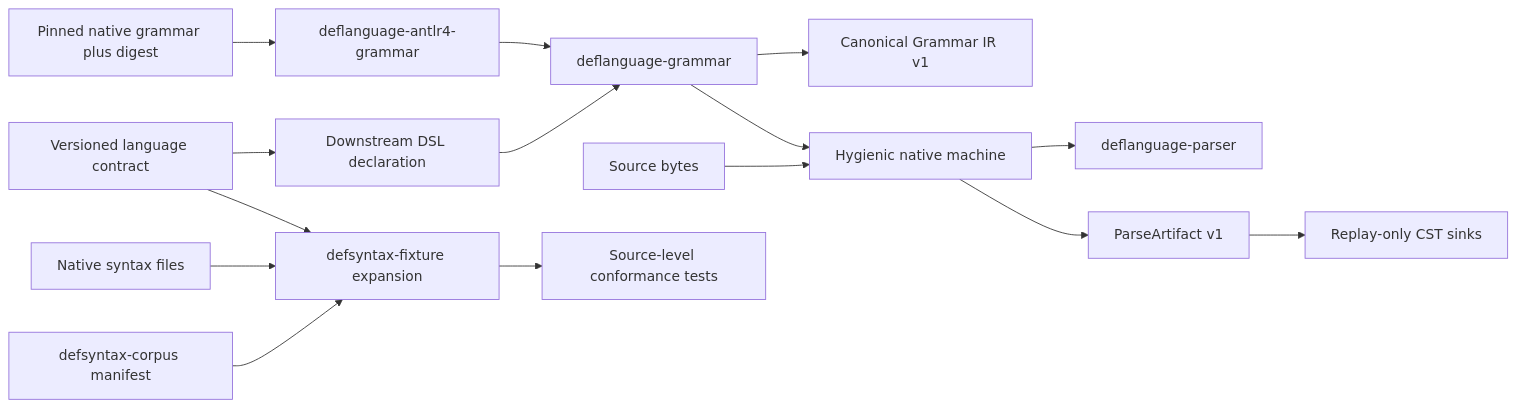
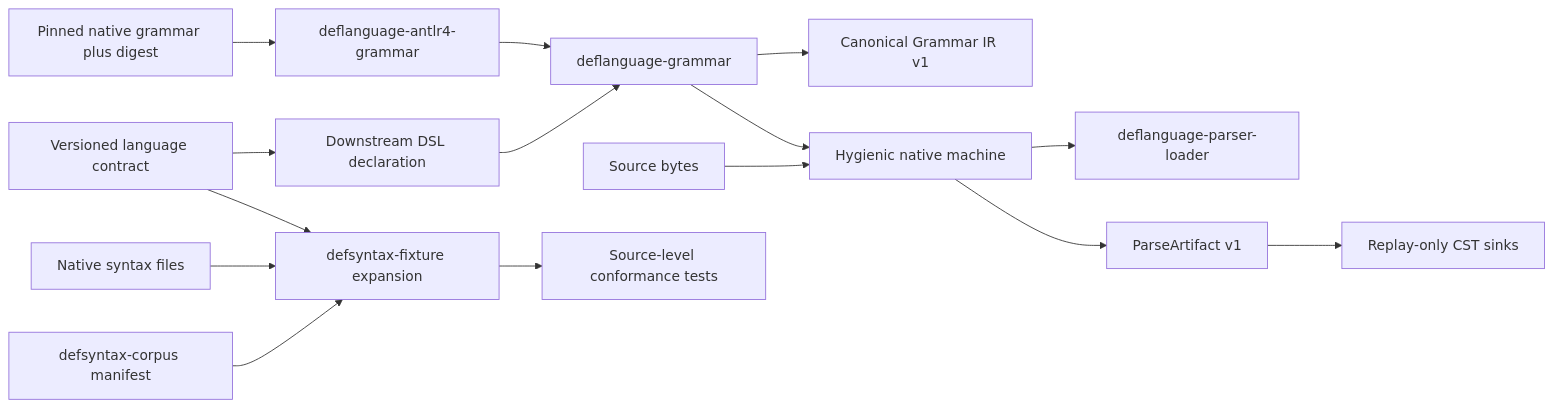
The diagram in docs/architecture/0004-versioned-language-contracts.org (tao3k/gerbil-parser), drawn with Mermaid before and after one commit. The commit also changed other lines of this file and 1680 other files, not shown here.

```diff
--- a/docs/architecture/0004-versioned-language-contracts.org
+++ b/docs/architecture/0004-versioned-language-contracts.org
@@ -20,17 +20,17 @@
 #+begin_src mermaid
 flowchart LR
   D[Downstream DSL declaration] --> C[deflanguage-grammar]
   NATIVE[Pinned native grammar plus digest] --> CA[deflanguage-antlr4-grammar]
   CA --> C
   C --> N[Canonical Grammar IR v1]
   C --> M[Hygienic native machine]
-  M --> E[deflanguage-parser]
+  M --> E[deflanguage-parser-loader]
   S[Source bytes] --> M
   M --> A[ParseArtifact v1]
   A --> R[Replay-only CST sinks]
   V[Versioned language contract] --> D
   F[Native syntax files] --> X[defsyntax-fixture expansion]
   C1[defsyntax-corpus manifest] --> X
   X --> T[Source-level conformance tests]
   V --> X
 #+end_src
```
